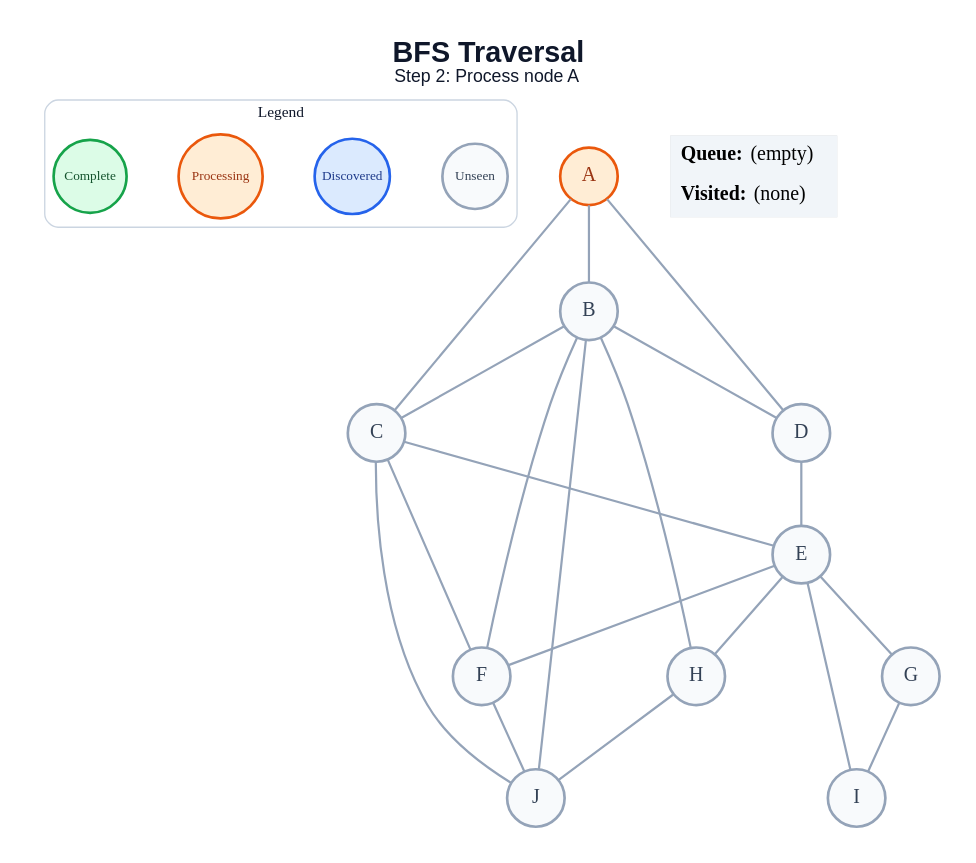
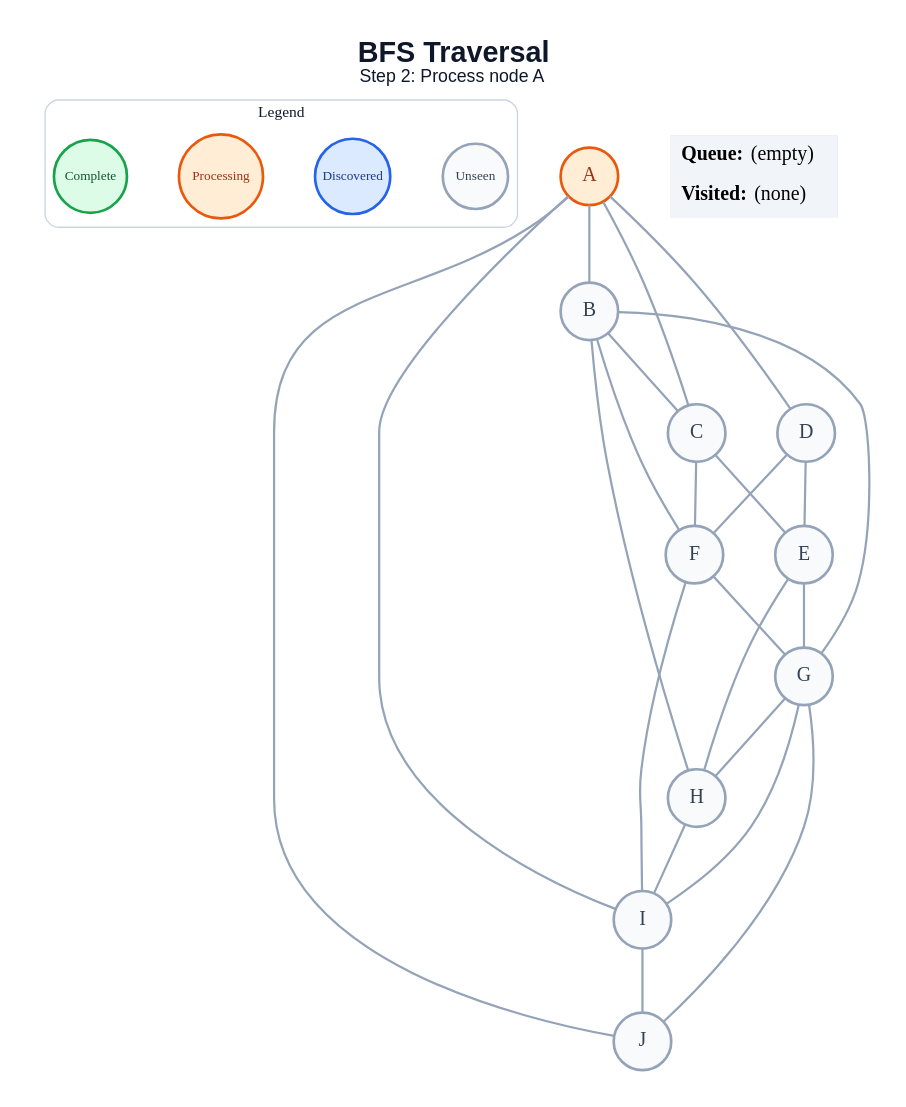
One commit to amanghodawala9/ai-slop changed the diagram in generated/bfs/step_02.dot. Above: the diagram before and after it, drawn with Graphviz. The commit also changed 178 other files, not shown here.

```diff
--- a/generated/bfs/step_02.dot
+++ b/generated/bfs/step_02.dot
@@ -1,48 +1,51 @@
 graph traversal {
   graph [layout=dot, rankdir=TB, bgcolor="#FFFFFF", pad="0.35", nodesep="0.65", ranksep="0.8", fontname="Arial"];
   node [shape=circle, style="filled", fontname="Arial Bold", fontsize=18, width=0.72, fixedsize=true, penwidth=2.4];
   edge [color="#94A3B8", penwidth=2.0];
   label=<<B>BFS Traversal</B><BR/><FONT POINT-SIZE="16">Step 2: Process node A</FONT>>; labelloc="t"; fontsize=26; fontname="Arial"; fontcolor="#0F172A";
   subgraph cluster_legend { label="Legend"; color="#CBD5E1"; penwidth=1.2; style="rounded"; fontsize=14; fontname="Arial Bold";
     key_unseen [label="Unseen", fillcolor="#F8FAFC", color="#94A3B8", fontcolor="#334155", fontsize=12, width=0.82];
     key_frontier [label="Discovered", fillcolor="#DBEAFE", color="#2563EB", fontcolor="#1E3A8A", fontsize=12, width=0.95];
     key_current [label="Processing", fillcolor="#FFEDD5", color="#EA580C", fontcolor="#9A3412", fontsize=12, width=1.05];
     key_done [label="Complete", fillcolor="#DCFCE7", color="#16A34A", fontcolor="#14532D", fontsize=12, width=0.92];
     { rank=same; key_unseen; key_frontier; key_current; key_done; }
   }
   A [fillcolor="#FFEDD5", color="#EA580C", fontcolor="#9A3412"];
   B [fillcolor="#F8FAFC", color="#94A3B8", fontcolor="#334155"];
   C [fillcolor="#F8FAFC", color="#94A3B8", fontcolor="#334155"];
   D [fillcolor="#F8FAFC", color="#94A3B8", fontcolor="#334155"];
   E [fillcolor="#F8FAFC", color="#94A3B8", fontcolor="#334155"];
   F [fillcolor="#F8FAFC", color="#94A3B8", fontcolor="#334155"];
   G [fillcolor="#F8FAFC", color="#94A3B8", fontcolor="#334155"];
   H [fillcolor="#F8FAFC", color="#94A3B8", fontcolor="#334155"];
   I [fillcolor="#F8FAFC", color="#94A3B8", fontcolor="#334155"];
   J [fillcolor="#F8FAFC", color="#94A3B8", fontcolor="#334155"];
   A -- B;
   A -- C;
   A -- D;
+  A -- I;
+  A -- J;
   B -- C;
-  B -- D;
   B -- F;
+  B -- G;
   B -- H;
-  B -- J;
   C -- E;
   C -- F;
-  C -- J;
   D -- E;
-  E -- F;
+  D -- F;
   E -- G;
   E -- H;
-  E -- I;
-  F -- J;
+  F -- G;
+  F -- I;
+  G -- H;
   G -- I;
-  H -- J;
+  G -- J;
+  H -- I;
+  I -- J;
   status [shape=plain, fixedsize=false, width=0, height=0, margin=0, label=<
     <TABLE BORDER="0" CELLBORDER="0" CELLPADDING="7" BGCOLOR="#F1F5F9">
       <TR><TD ALIGN="LEFT"><B>Queue:</B> (empty)</TD></TR>
       <TR><TD ALIGN="LEFT"><B>Visited:</B> (none)</TD></TR>
     </TABLE>
   >];
 }
```
